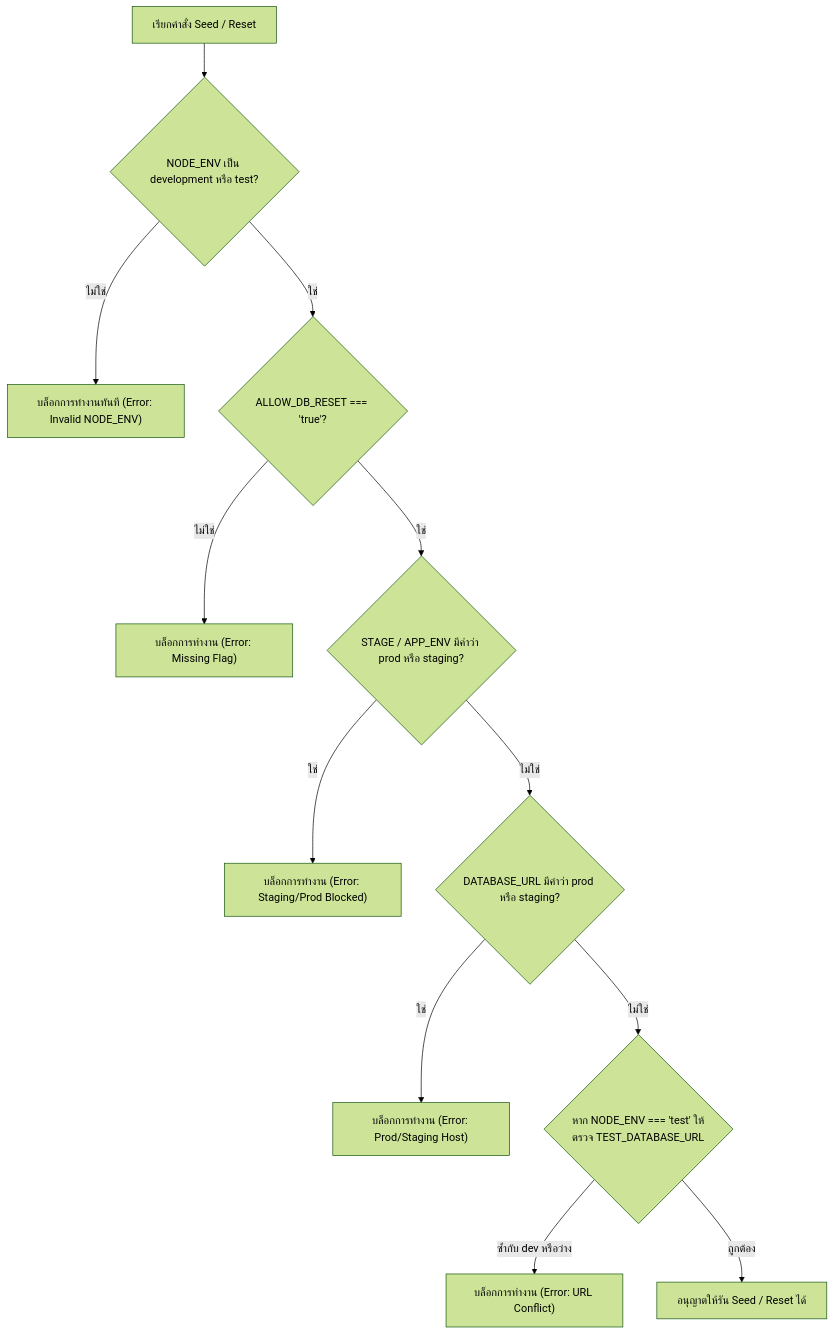
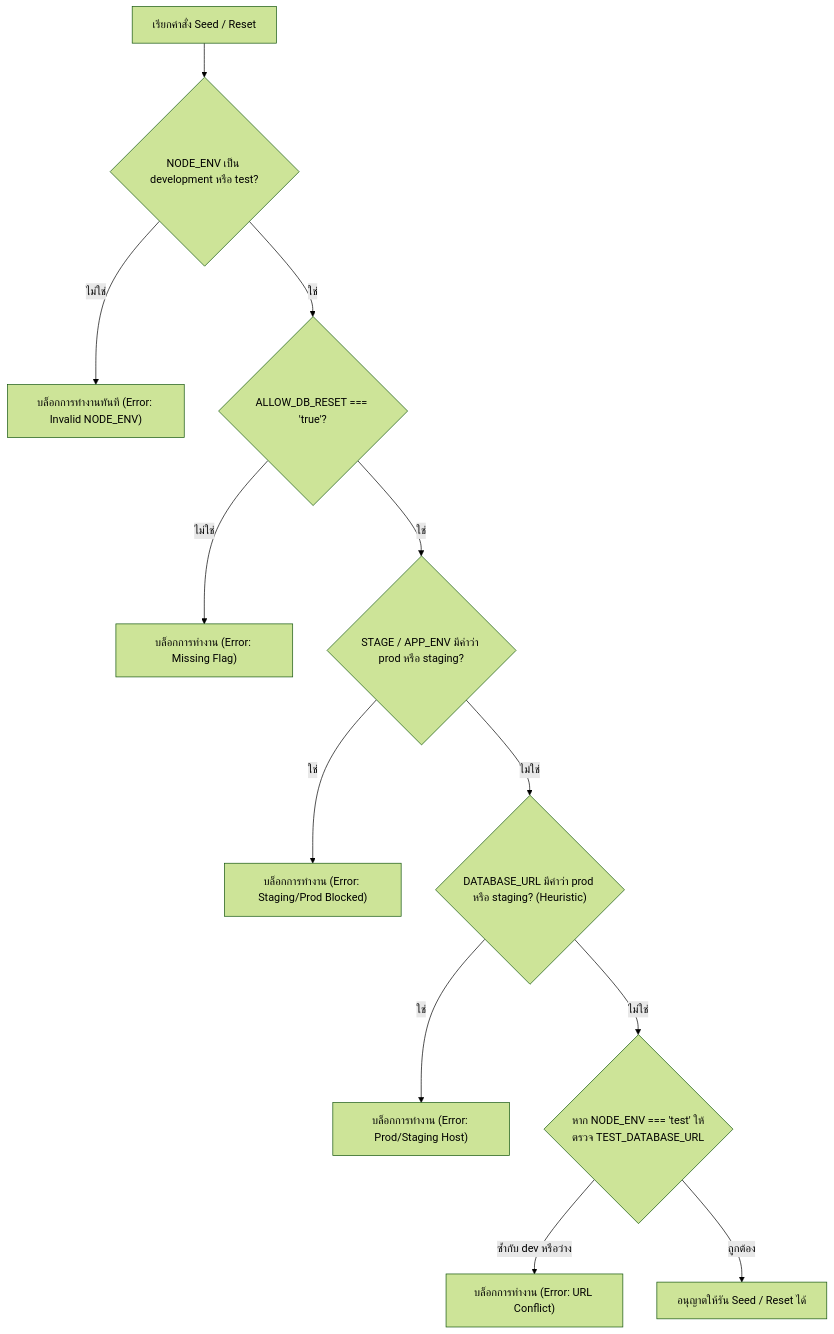
The diagram in docs/data/v3-fixtures.md (zero-h0ur/CS361_G03_Cooperative-Education-Planning-Management-System-), drawn with Mermaid (forest theme) before and after one commit. The commit also changed other lines of this file and 5 other files, not shown here.

````diff
--- a/docs/data/v3-fixtures.md
+++ b/docs/data/v3-fixtures.md
@@ -84,14 +93,14 @@
 ```mermaid
 flowchart TD
     Start["เรียกคำสั่ง Seed / Reset"] --> CheckEnv{"NODE_ENV เป็น development หรือ test?"}
     CheckEnv -- ไม่ใช่ --> Block1["บล็อกการทำงานทันที (Error: Invalid NODE_ENV)"]
     CheckEnv -- ใช่ --> CheckFlag{"ALLOW_DB_RESET === 'true'?"}
     CheckFlag -- ไม่ใช่ --> Block2["บล็อกการทำงาน (Error: Missing Flag)"]
     CheckFlag -- ใช่ --> CheckStage{"STAGE / APP_ENV มีคำว่า prod หรือ staging?"}
     CheckStage -- ใช่ --> Block3["บล็อกการทำงาน (Error: Staging/Prod Blocked)"]
-    CheckStage -- ไม่ใช่ --> CheckURL{"DATABASE_URL มีคำว่า prod หรือ staging?"}
+    CheckStage -- ไม่ใช่ --> CheckURL{"DATABASE_URL มีคำว่า prod หรือ staging? (Heuristic)"}
     CheckURL -- ใช่ --> Block4["บล็อกการทำงาน (Error: Prod/Staging Host)"]
     CheckURL -- ไม่ใช่ --> CheckTestIsolation{"หาก NODE_ENV === 'test' ให้ตรวจ TEST_DATABASE_URL"}
     CheckTestIsolation -- ซ้ำกับ dev หรือว่าง --> Block5["บล็อกการทำงาน (Error: URL Conflict)"]
     CheckTestIsolation -- ถูกต้อง --> Execute["อนุญาตให้รัน Seed / Reset ได้"]
 ```
````
